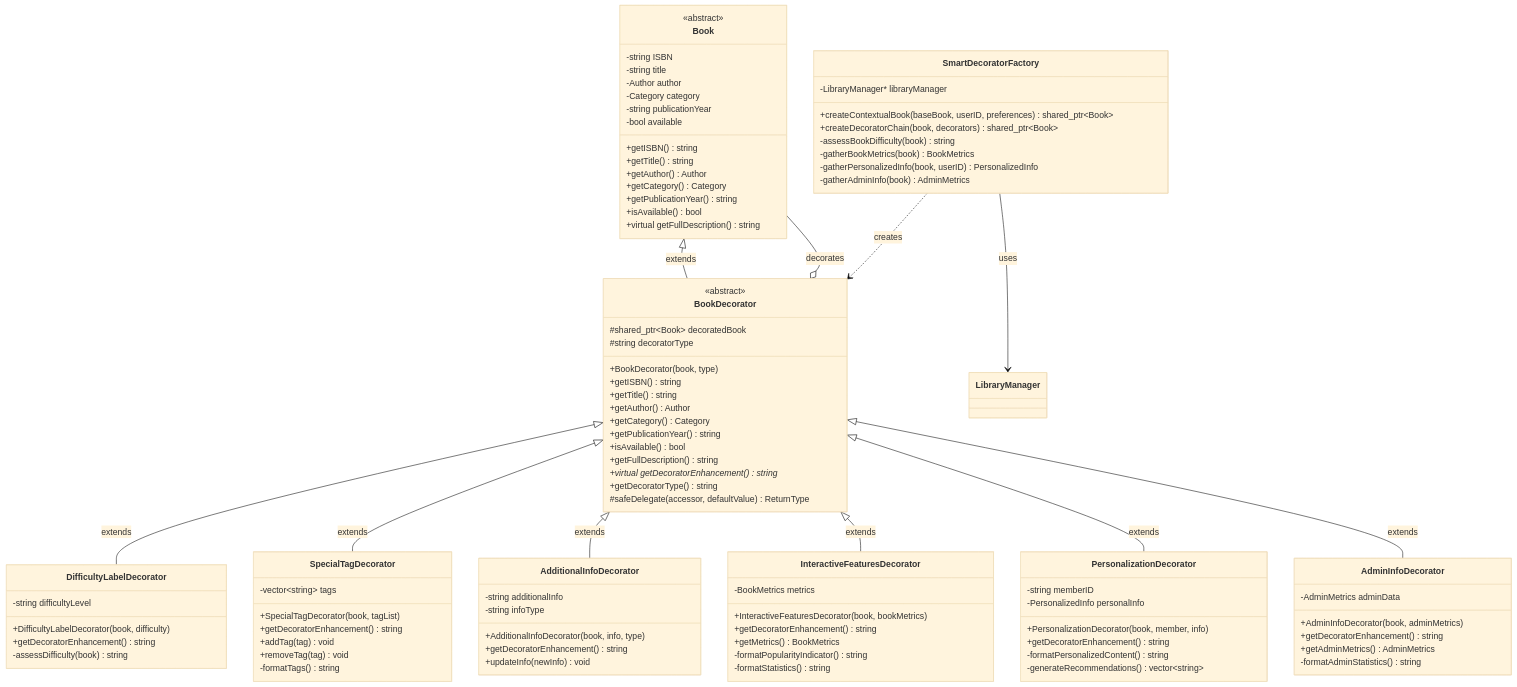
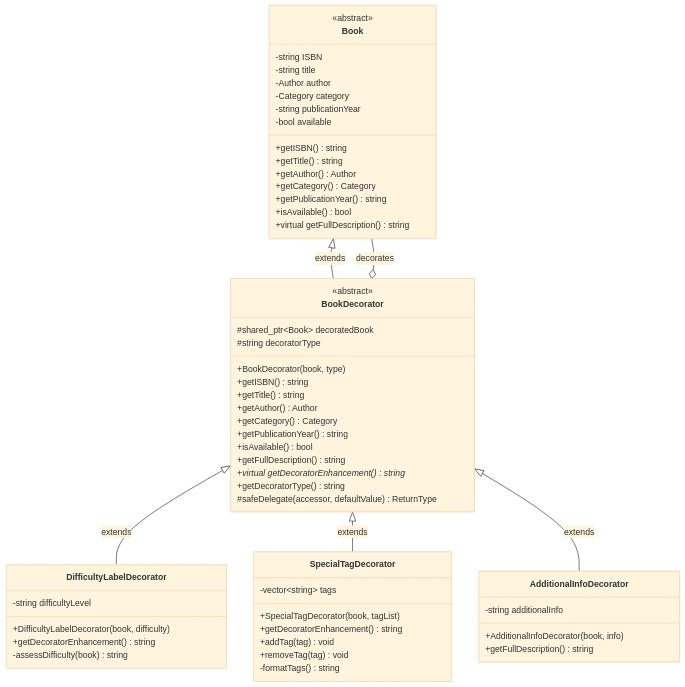
One commit to DankDaPancake/LibraryManagementSystem changed the fourth of 31 diagrams in docs/report.md. Above: the diagram before and after it, drawn with Mermaid (base theme). The commit also changed other lines of this file, not shown here.

````diff
--- a/docs/report.md
+++ b/docs/report.md
@@ -665,57 +639,14 @@
 
     class AdditionalInfoDecorator {
         -string additionalInfo
-        -string infoType
-        +AdditionalInfoDecorator(book, info, type)
-        +getDecoratorEnhancement() string
-        +updateInfo(newInfo) void
-    }
-
-    class InteractiveFeaturesDecorator {
-        -BookMetrics metrics
-        +InteractiveFeaturesDecorator(book, bookMetrics)
-        +getDecoratorEnhancement() string
-        +getMetrics() BookMetrics
-        -formatPopularityIndicator() string
-        -formatStatistics() string
-    }
-
-    class PersonalizationDecorator {
-        -string memberID
-        -PersonalizedInfo personalInfo
-        +PersonalizationDecorator(book, member, info)
-        +getDecoratorEnhancement() string
-        -formatPersonalizedContent() string
-        -generateRecommendations() vector~string~
-    }
-
-    class AdminInfoDecorator {
-        -AdminMetrics adminData
-        +AdminInfoDecorator(book, adminMetrics)
-        +getDecoratorEnhancement() string
-        +getAdminMetrics() AdminMetrics
-        -formatAdminStatistics() string
-    }
-
-    class SmartDecoratorFactory {
-        -LibraryManager* libraryManager
-        +createContextualBook(baseBook, userID, preferences) shared_ptr~Book~
-        +createDecoratorChain(book, decorators) shared_ptr~Book~
-        -assessBookDifficulty(book) string
-        -gatherBookMetrics(book) BookMetrics
-        -gatherPersonalizedInfo(book, userID) PersonalizedInfo
-        -gatherAdminInfo(book) AdminMetrics
+        +AdditionalInfoDecorator(book, info)
+        +getFullDescription() string
     }
 
     Book <|-- BookDecorator : extends
     BookDecorator <|-- DifficultyLabelDecorator : extends
     BookDecorator <|-- SpecialTagDecorator : extends
     BookDecorator <|-- AdditionalInfoDecorator : extends
-    BookDecorator <|-- InteractiveFeaturesDecorator : extends
-    BookDecorator <|-- PersonalizationDecorator : extends
-    BookDecorator <|-- AdminInfoDecorator : extends
     
     BookDecorator o-- Book : decorates
-    SmartDecoratorFactory ..> BookDecorator : creates
-    SmartDecoratorFactory --> LibraryManager : uses
 ```
````
